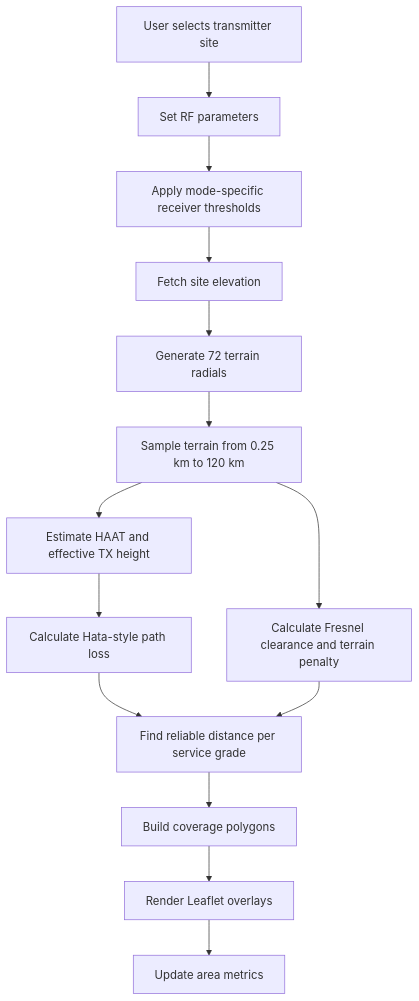
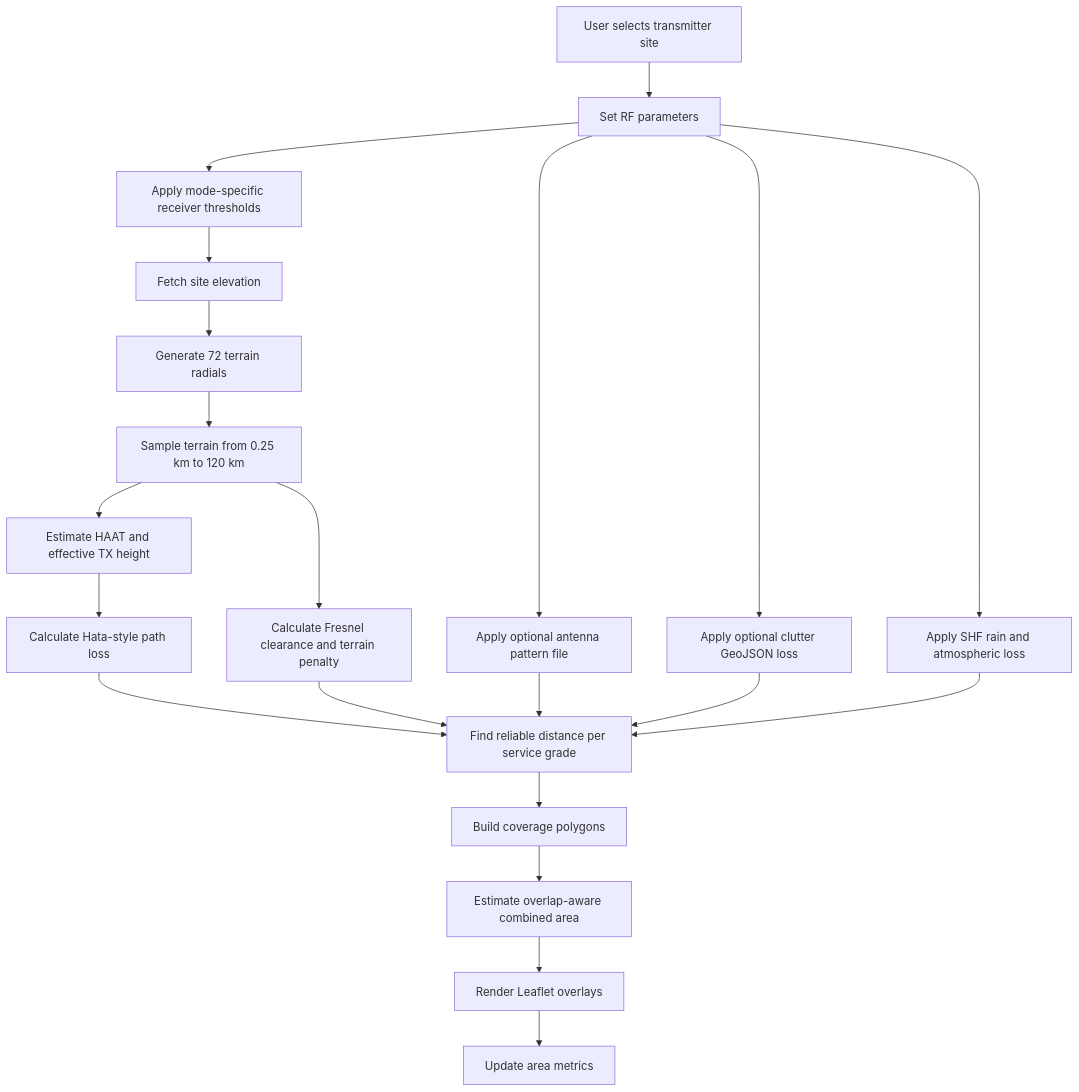
The diagram in README.md (9M2PJU/9M2PJU-Amateur-Radio-Signals-Coverage-Map), drawn with Mermaid before and after one commit. The commit also changed other lines of this file and 9 other files, not shown here.

````diff
--- a/README.md
+++ b/README.md
@@ -127,16 +147,23 @@
 ```mermaid
 graph TD
     User["User selects transmitter site"] --> Params["Set RF parameters"]
     Params --> Mode["Apply mode-specific receiver thresholds"]
     Mode --> Elevation["Fetch site elevation"]
     Elevation --> Radials["Generate 72 terrain radials"]
     Radials --> Samples["Sample terrain from 0.25 km to 120 km"]
     Samples --> HAAT["Estimate HAAT and effective TX height"]
     HAAT --> PathLoss["Calculate Hata-style path loss"]
     Samples --> TerrainPenalty["Calculate Fresnel clearance and terrain penalty"]
+    Params --> Pattern["Apply optional antenna pattern file"]
+    Params --> Clutter["Apply optional clutter GeoJSON loss"]
+    Params --> Weather["Apply SHF rain and atmospheric loss"]
     PathLoss --> Radius["Find reliable distance per service grade"]
     TerrainPenalty --> Radius
+    Pattern --> Radius
+    Clutter --> Radius
+    Weather --> Radius
     Radius --> Polygons["Build coverage polygons"]
-    Polygons --> Map["Render Leaflet overlays"]
+    Polygons --> Union["Estimate overlap-aware combined area"]
+    Union --> Map["Render Leaflet overlays"]
     Map --> Metrics["Update area metrics"]
 ```
````
